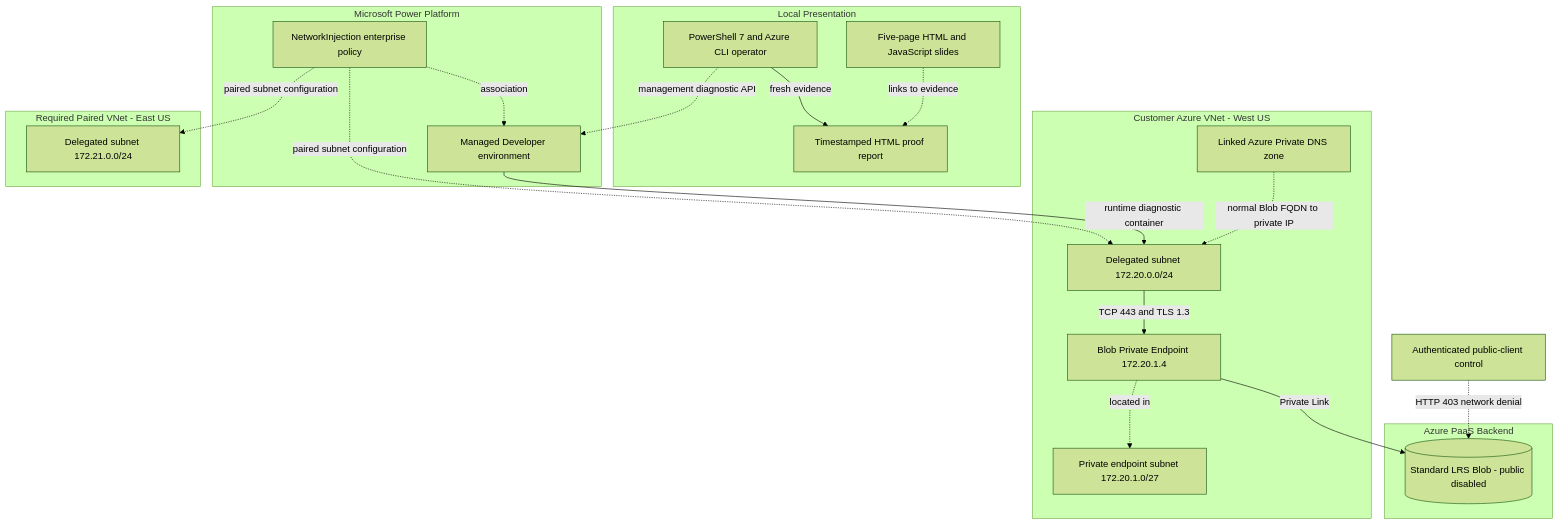
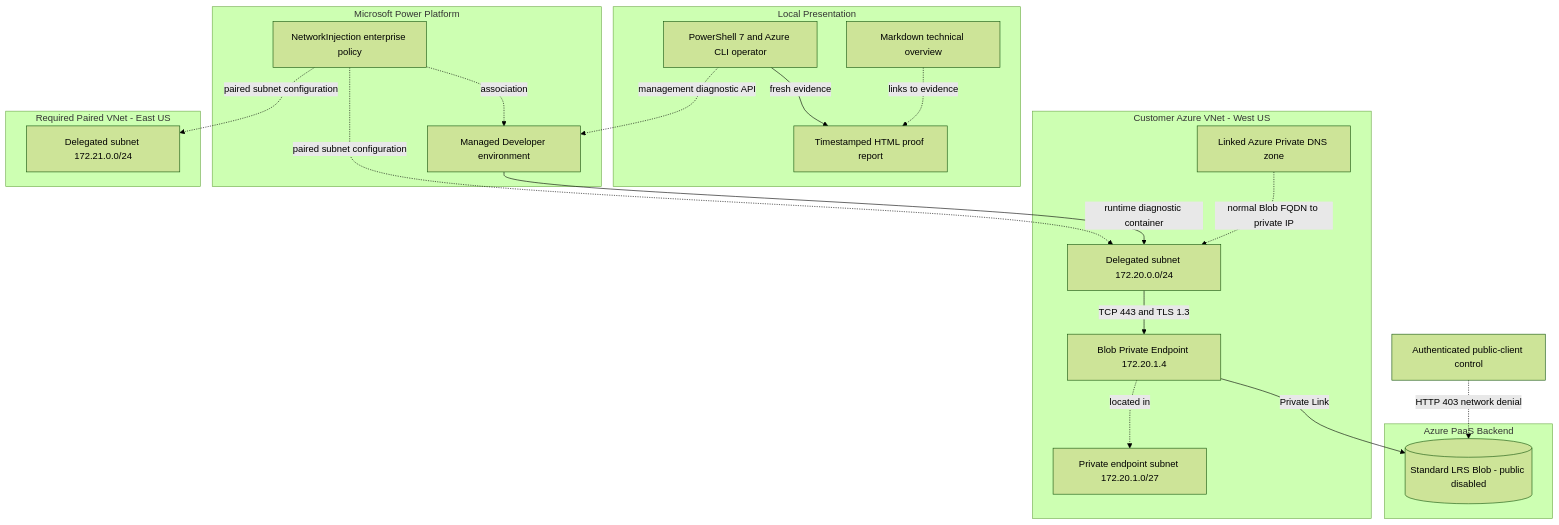
The first of 2 diagrams in .github/modernize/assessment/engines/facts/architecture-diagram.md (teo-ma/powerplatform-vnet-integration), drawn with Mermaid (forest theme) before and after one commit. The commit also changed other lines of this file and 5 other files, not shown here.

First line of the commit message:
Convert technical overview from HTML slides to Markdown

````diff
--- a/.github/modernize/assessment/engines/facts/architecture-diagram.md
+++ b/.github/modernize/assessment/engines/facts/architecture-diagram.md
@@ -10,37 +10,37 @@
 ```mermaid
 flowchart TD
     subgraph PresentationA1["Local Presentation"]
-        SlidesA1["Five-page HTML and JavaScript slides"]
+        SlidesA1["Markdown technical overview"]
         ReportA1["Timestamped HTML proof report"]
         OperatorA1["PowerShell 7 and Azure CLI operator"]
     end
     subgraph PlatformA1["Microsoft Power Platform"]
         EnvironmentA1["Managed Developer environment"]
         PolicyA1["NetworkInjection enterprise policy"]
     end
     subgraph WestA1["Customer Azure VNet - West US"]
         SourceA1["Delegated subnet 172.20.0.0/24"]
         TargetA1["Private endpoint subnet 172.20.1.0/27"]
         EndpointA1["Blob Private Endpoint 172.20.1.4"]
         DnsA1["Linked Azure Private DNS zone"]
     end
     subgraph EastA1["Required Paired VNet - East US"]
         StandbyA1["Delegated subnet 172.21.0.0/24"]
     end
     subgraph BackendA1["Azure PaaS Backend"]
         BlobA1[("Standard LRS Blob - public disabled")]
     end
     PublicA1["Authenticated public-client control"]
     OperatorA1 -.->|"management diagnostic API"| EnvironmentA1
     OperatorA1 -->|"fresh evidence"| ReportA1
     SlidesA1 -.->|"links to evidence"| ReportA1
     PolicyA1 -.->|"association"| EnvironmentA1
     PolicyA1 -.->|"paired subnet configuration"| SourceA1
     PolicyA1 -.->|"paired subnet configuration"| StandbyA1
     EnvironmentA1 -->|"runtime diagnostic container"| SourceA1
     DnsA1 -.->|"normal Blob FQDN to private IP"| SourceA1
     SourceA1 -->|"TCP 443 and TLS 1.3"| EndpointA1
     EndpointA1 -.->|"located in"| TargetA1
     EndpointA1 -->|"Private Link"| BlobA1
     PublicA1 -.->|"HTTP 403 network denial"| BlobA1
 ```
````
